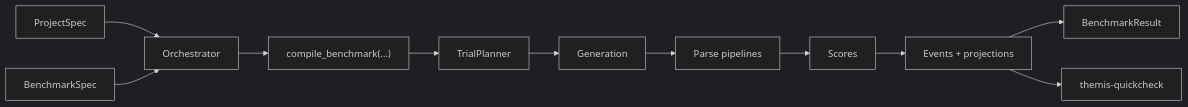
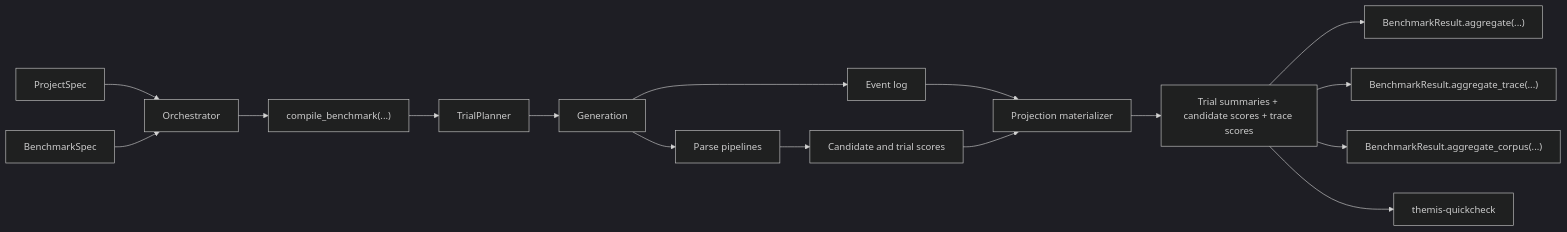
The diagram in docs/concepts/architecture.md (Pittawat2542/themis), drawn with Mermaid (dark theme) before and after one commit. The commit also changed other lines of this file and 162 other files, not shown here.

````diff
--- a/docs/concepts/architecture.md
+++ b/docs/concepts/architecture.md
@@ -6,13 +7,18 @@
 ```mermaid
 flowchart LR
     A["ProjectSpec"] --> C["Orchestrator"]
     B["BenchmarkSpec"] --> C
     C --> D["compile_benchmark(...)"]
     D --> E["TrialPlanner"]
     E --> F["Generation"]
     F --> G["Parse pipelines"]
-    G --> H["Scores"]
-    H --> I["Events + projections"]
-    I --> J["BenchmarkResult"]
-    I --> K["themis-quickcheck"]
+    G --> H["Candidate and trial scores"]
+    F --> I["Event log"]
+    I --> J["Projection materializer"]
+    H --> J
+    J --> K["Trial summaries + candidate scores + trace scores"]
+    K --> L["BenchmarkResult.aggregate(...)"]
+    K --> M["BenchmarkResult.aggregate_trace(...)"]
+    K --> N["BenchmarkResult.aggregate_corpus(...)"]
+    K --> O["themis-quickcheck"]
 ```
````
